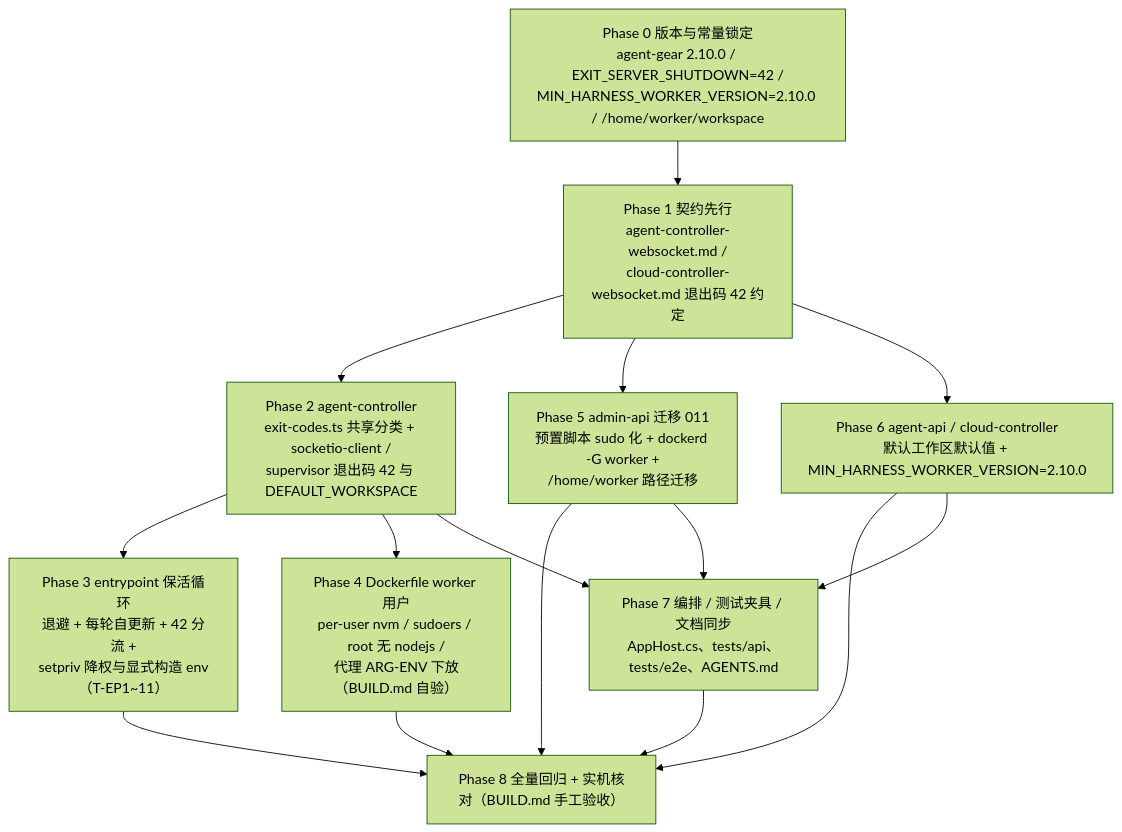
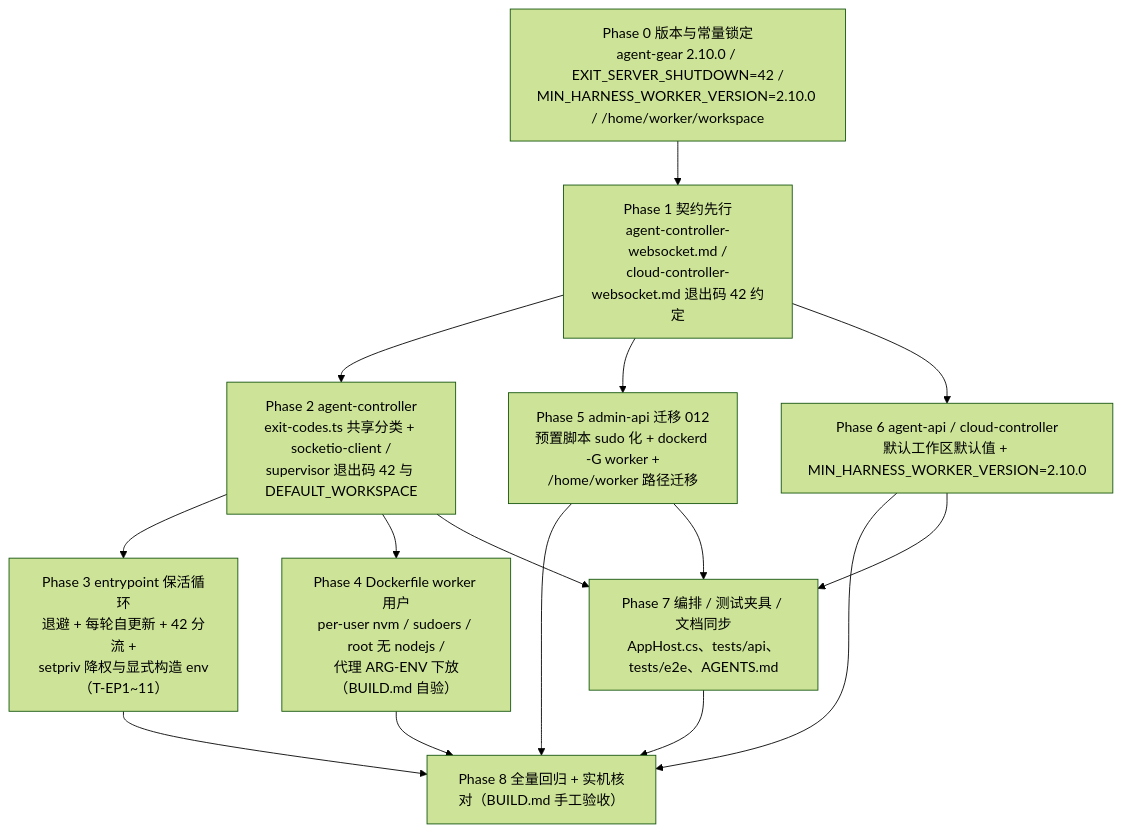
Before and after one commit to Deliay/z-agent-gear: the diagram in docs/engineering/plan/20261025-feat-cloud-host-keepalive.md, drawn with Mermaid (forest theme). The commit also changed other lines of this file and 44 other files, not shown here.

````diff
--- a/docs/engineering/plan/20261025-feat-cloud-host-keepalive.md
+++ b/docs/engineering/plan/20261025-feat-cloud-host-keepalive.md
@@ -21,22 +21,22 @@
 ```mermaid
 flowchart TD
     P0["Phase 0 版本与常量锁定<br/>agent-gear 2.10.0 / EXIT_SERVER_SHUTDOWN=42 /<br/>MIN_HARNESS_WORKER_VERSION=2.10.0 / /home/worker/workspace"] --> P1
     P1["Phase 1 契约先行<br/>agent-controller-websocket.md /<br/>cloud-controller-websocket.md 退出码 42 约定"] --> P2
     P1 --> P5
     P1 --> P6
 
     P2["Phase 2 agent-controller<br/>exit-codes.ts 共享分类 + socketio-client /<br/>supervisor 退出码 42 与 DEFAULT_WORKSPACE"] --> P3
     P2 --> P4
 
     P3["Phase 3 entrypoint 保活循环<br/>退避 + 每轮自更新 + 42 分流 +<br/>setpriv 降权与显式构造 env（T-EP1~11）"] --> P8
     P4["Phase 4 Dockerfile worker 用户<br/>per-user nvm / sudoers / root 无 nodejs /<br/>代理 ARG-ENV 下放（BUILD.md 自验）"] --> P8
 
-    P5["Phase 5 admin-api 迁移 011<br/>预置脚本 sudo 化 + dockerd -G worker +<br/>/home/worker 路径迁移"] --> P8
+    P5["Phase 5 admin-api 迁移 012<br/>预置脚本 sudo 化 + dockerd -G worker +<br/>/home/worker 路径迁移"] --> P8
     P6["Phase 6 agent-api / cloud-controller<br/>默认工作区默认值 + MIN_HARNESS_WORKER_VERSION=2.10.0"] --> P8
 
     P2 --> P7
     P5 --> P7
     P6 --> P7
     P7["Phase 7 编排 / 测试夹具 / 文档同步<br/>AppHost.cs、tests/api、tests/e2e、AGENTS.md"] --> P8
     P8["Phase 8 全量回归 + 实机核对（BUILD.md 手工验收）"]
 ```
````
